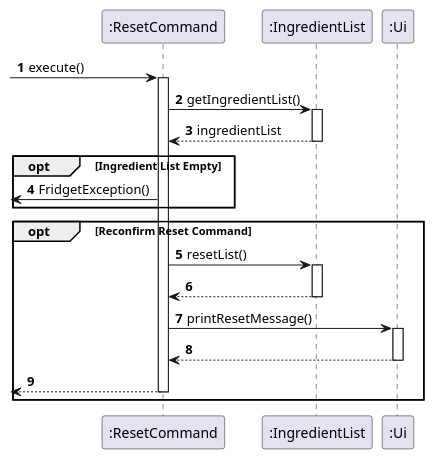
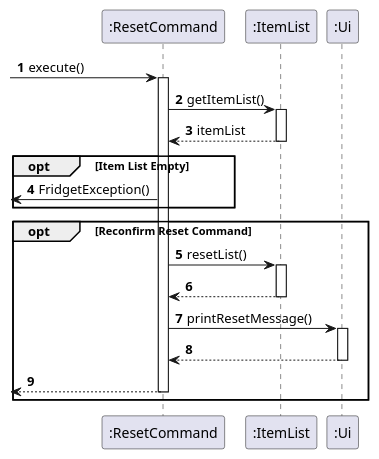
The diagram in docs/umlDiagrams/ResetSequence.puml (uosjapuelks/tp), drawn with PlantUML before and after one commit. The commit also changed 40 other files, not shown here.

Commit message:
Standardized to use Item instead of Ingredient.

```diff
--- a/docs/umlDiagrams/ResetSequence.puml
+++ b/docs/umlDiagrams/ResetSequence.puml
@@ -1,34 +1,34 @@
 @startuml
 'https://plantuml.com/sequence-diagram
 
 autonumber
 
 -> ":ResetCommand": execute()
 activate ":ResetCommand"
 
-":ResetCommand" -> ":IngredientList": getIngredientList()
-activate ":IngredientList"
-":ResetCommand" <-- ":IngredientList": ingredientList
-deactivate ":IngredientList"
+":ResetCommand" -> ":ItemList": getItemList()
+activate ":ItemList"
+":ResetCommand" <-- ":ItemList": itemList
+deactivate ":ItemList"
 
-opt Ingredient List Empty
+opt Item List Empty
 <- ":ResetCommand": FridgetException()
 end
 
 opt Reconfirm Reset Command
 
-    ":ResetCommand" -> ":IngredientList": resetList()
-    activate ":IngredientList"
-    ":ResetCommand" <-- ":IngredientList":
-    deactivate ":IngredientList"
+    ":ResetCommand" -> ":ItemList": resetList()
+    activate ":ItemList"
+    ":ResetCommand" <-- ":ItemList":
+    deactivate ":ItemList"
 
     ":ResetCommand" -> ":Ui": printResetMessage()
     activate ":Ui"
     ":ResetCommand" <-- ":Ui"
     deactivate ":Ui"
 
     <-- ":ResetCommand"
     deactivate ":ResetCommand"
 end
 
 @enduml
```
